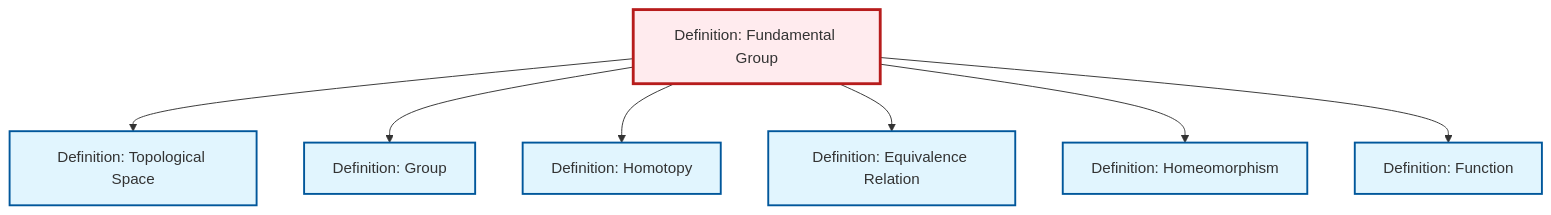
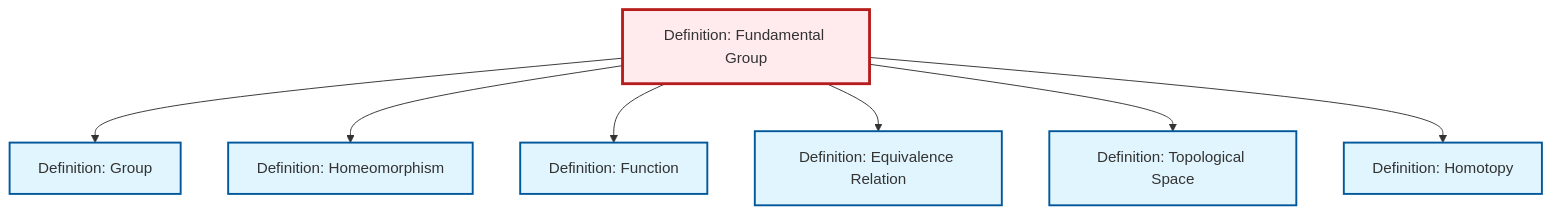
One commit to RK0429/ModernMath changed the diagram in content/en/topology/def-fundamental-group.qmd. Above: the diagram before and after it, drawn with Mermaid. The commit also changed other lines of this file and 1012 other files, not shown here.

````diff
--- a/content/en/topology/def-fundamental-group.qmd
+++ b/content/en/topology/def-fundamental-group.qmd
@@ -75,29 +76,29 @@
 ```{mermaid}
 %%| fig-cap: "Local dependency graph"
 graph TD
     classDef definition fill:#e1f5fe,stroke:#01579b,stroke-width:2px
     classDef theorem fill:#f3e5f5,stroke:#4a148c,stroke-width:2px
     classDef axiom fill:#fff3e0,stroke:#e65100,stroke-width:2px
     classDef example fill:#e8f5e9,stroke:#1b5e20,stroke-width:2px
     classDef current fill:#ffebee,stroke:#b71c1c,stroke-width:3px
     def-fundamental-group["Definition: Fundamental Group"]:::definition
+    def-homotopy["Definition: Homotopy"]:::definition
+    def-homeomorphism["Definition: Homeomorphism"]:::definition
+    def-equivalence-relation["Definition: Equivalence Relation"]:::definition
     def-function["Definition: Function"]:::definition
-    def-homeomorphism["Definition: Homeomorphism"]:::definition
-    def-homotopy["Definition: Homotopy"]:::definition
     def-topological-space["Definition: Topological Space"]:::definition
-    def-equivalence-relation["Definition: Equivalence Relation"]:::definition
     def-group["Definition: Group"]:::definition
-    def-fundamental-group --> def-topological-space
     def-fundamental-group --> def-group
-    def-fundamental-group --> def-homotopy
-    def-fundamental-group --> def-equivalence-relation
     def-fundamental-group --> def-homeomorphism
     def-fundamental-group --> def-function
+    def-fundamental-group --> def-equivalence-relation
+    def-fundamental-group --> def-topological-space
+    def-fundamental-group --> def-homotopy
     class def-fundamental-group current
+    click def-homotopy "def-homotopy.html" "Go to Homotopy definition"
+    click def-homeomorphism "def-homeomorphism.html" "Go to Homeomorphism definition"
+    click def-equivalence-relation "def-equivalence-relation.html" "Go to Equivalence Relation definition"
     click def-function "def-function.html" "Go to Function definition"
-    click def-homeomorphism "def-homeomorphism.html" "Go to Homeomorphism definition"
-    click def-homotopy "def-homotopy.html" "Go to Homotopy definition"
     click def-topological-space "def-topological-space.html" "Go to Topological Space definition"
-    click def-equivalence-relation "def-equivalence-relation.html" "Go to Equivalence Relation definition"
     click def-group "def-group.html" "Go to Group definition"
 ```
````
